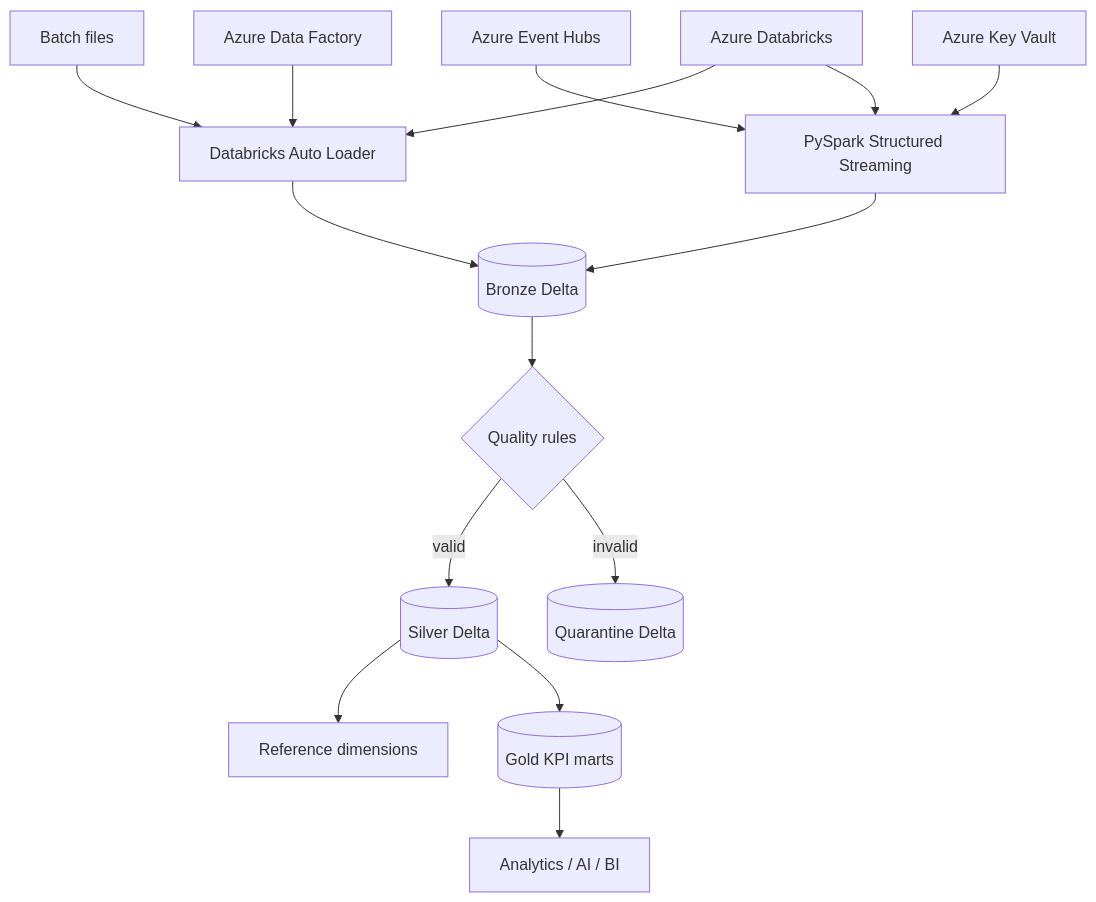
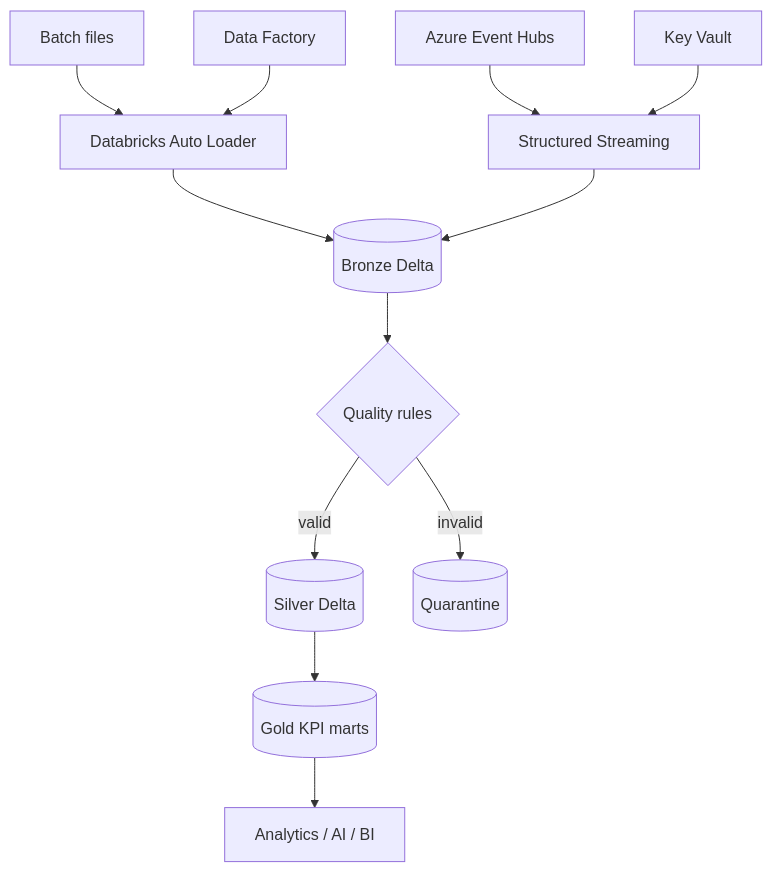
Before and after one commit to singhankitsrf/MedLake-Azure-PySpark: the diagram in README.md, drawn with Mermaid. The commit also changed other lines of this file and 49 other files, not shown here.

First line of the commit message:
Expose full Azure PySpark lakehouse source tree

````diff
--- a/README.md
+++ b/README.md
@@ -37,20 +13,14 @@
 ```mermaid
 flowchart TB
     FILES[Batch files] --> AUTO[Databricks Auto Loader]
-    EVENTS[Azure Event Hubs] --> STREAM[PySpark Structured Streaming]
+    EVENTS[Azure Event Hubs] --> STREAM[Structured Streaming]
     AUTO --> BRONZE[(Bronze Delta)]
     STREAM --> BRONZE
-
     BRONZE --> QUALITY{Quality rules}
     QUALITY -->|valid| SILVER[(Silver Delta)]
-    QUALITY -->|invalid| QUAR[(Quarantine Delta)]
-
-    SILVER --> DIMS[Reference dimensions]
+    QUALITY -->|invalid| QUAR[(Quarantine)]
     SILVER --> GOLD[(Gold KPI marts)]
-
-    ADF[Azure Data Factory] --> AUTO
-    KV[Azure Key Vault] --> STREAM
-    DBX[Azure Databricks] --> AUTO
-    DBX --> STREAM
+    ADF[Data Factory] --> AUTO
+    KV[Key Vault] --> STREAM
     GOLD --> BI[Analytics / AI / BI]
 ```
````
